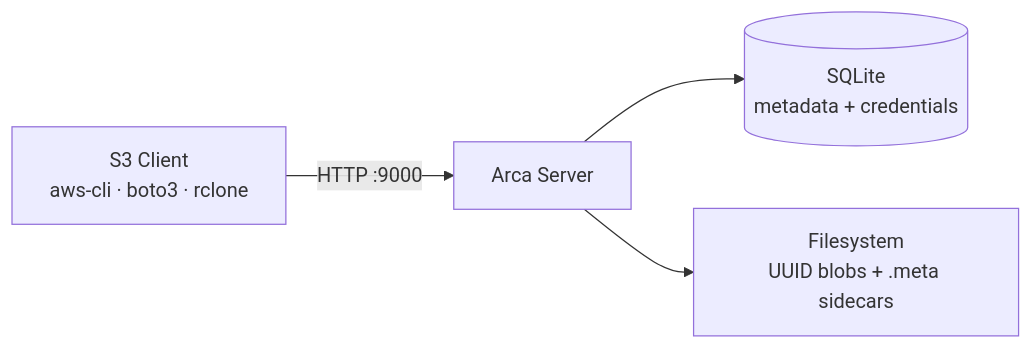
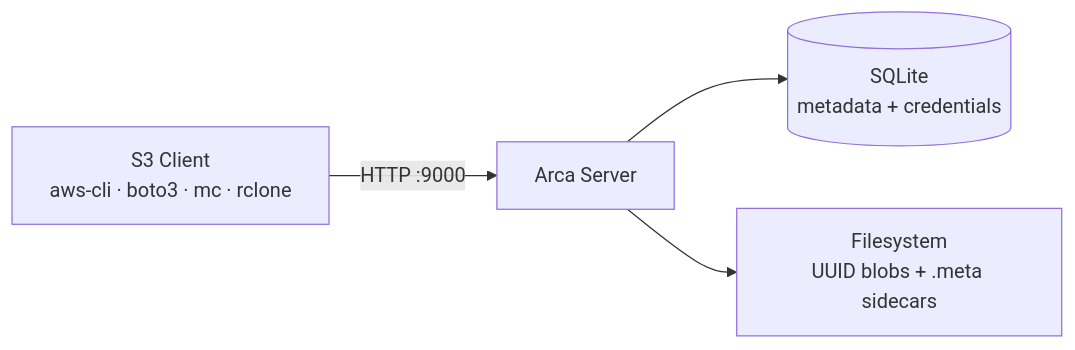
One commit to dxc-technology/arca changed the first of 4 diagrams in documentation/docs/architecture.md. Above: the diagram before and after it, drawn with Mermaid. The commit also changed 2 other files, not shown here.

Commit message:
Add MinIO CLI (mc) to S3 client list in architecture diagram

````diff
--- a/documentation/docs/architecture.md
+++ b/documentation/docs/architecture.md
@@ -11,6 +11,6 @@
 ```mermaid
 graph LR
-    C["S3 Client<br/>aws-cli · boto3 · rclone"] -->|"HTTP :9000"| A["Arca Server"]
+    C["S3 Client<br/>aws-cli · boto3 · mc · rclone"] -->|"HTTP :9000"| A["Arca Server"]
     A --> DB[("SQLite<br/>metadata + credentials")]
     A --> FS["Filesystem<br/>UUID blobs + .meta sidecars"]
 ```
````
